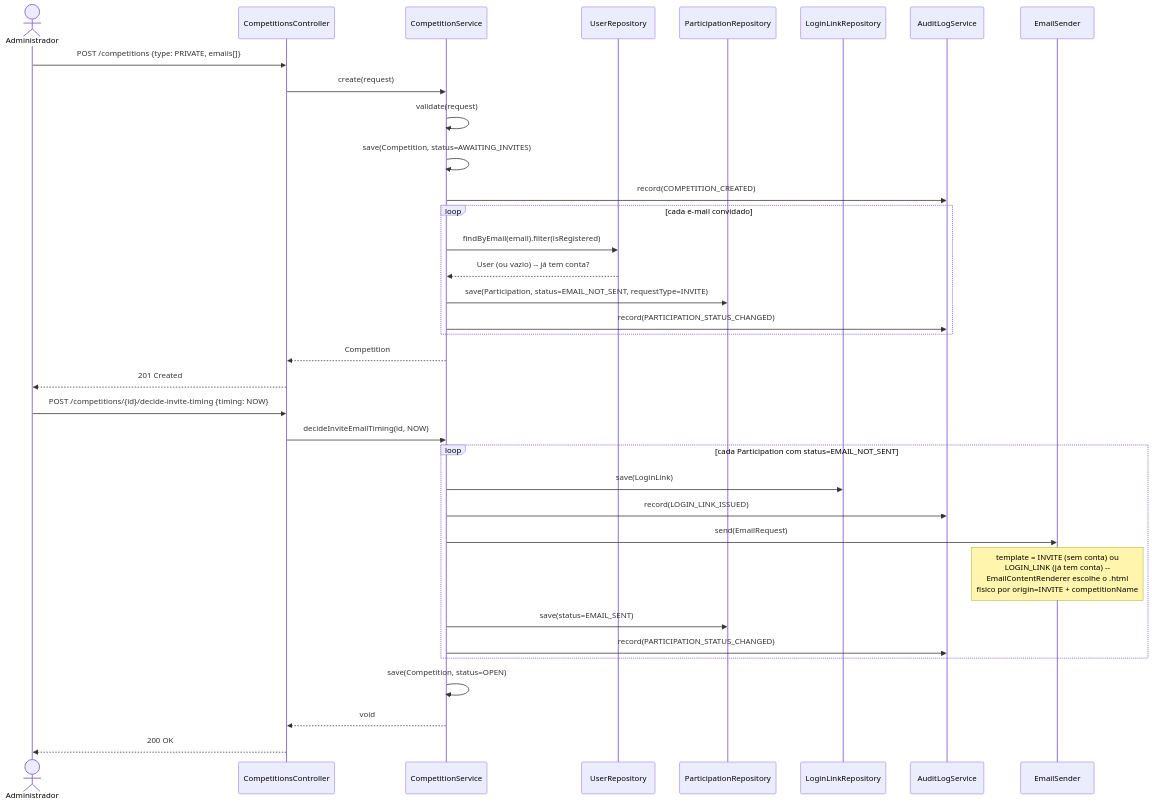
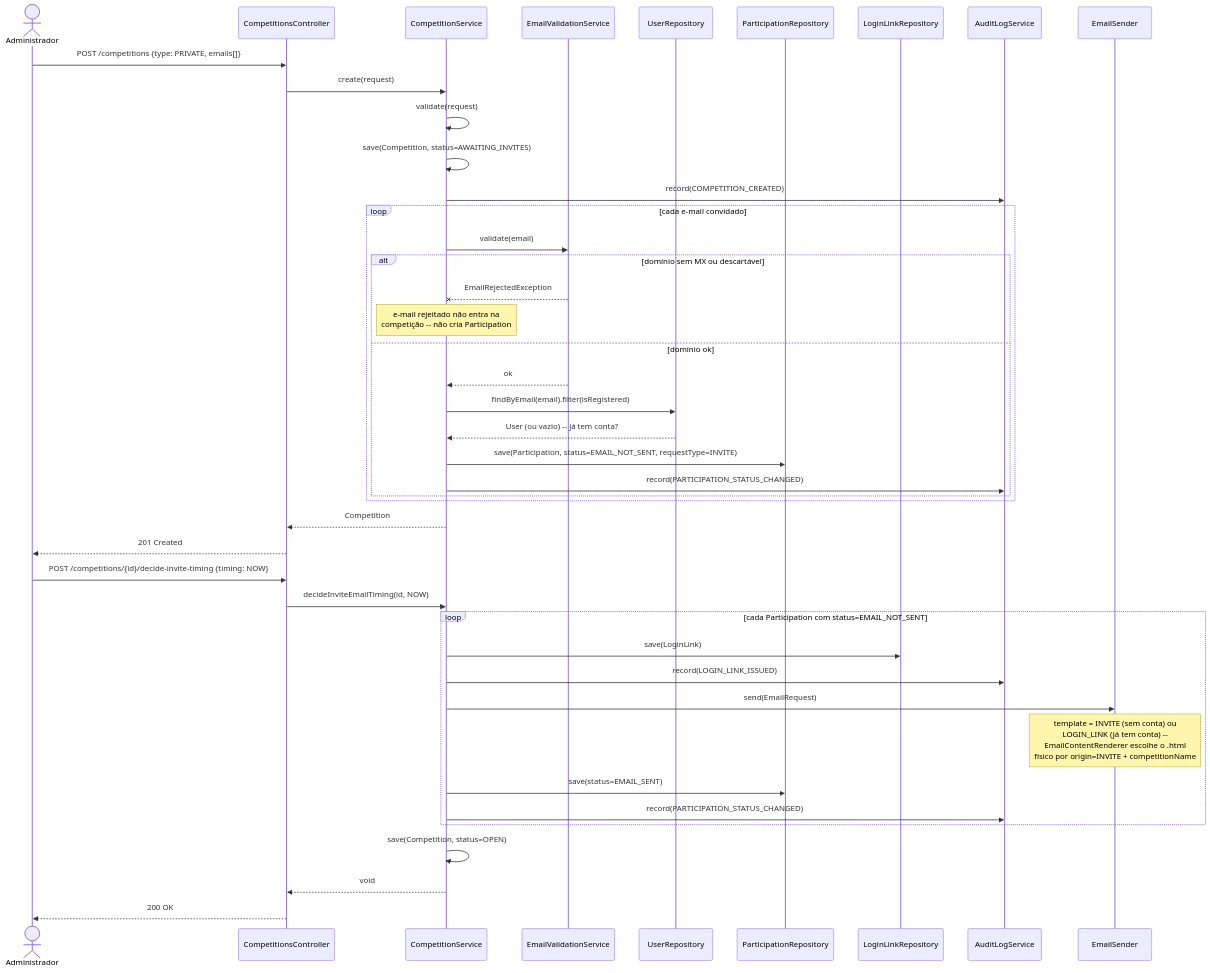
Before and after one commit to lalgarve/jogo-acoes: the fourth of 7 diagrams in docs/diagrams/sequencia.md, drawn with Mermaid. The commit also changed other lines of this file and 6 other files, not shown here.

First line of the commit message:
docs: rewrite product docs for the target release, fix Mermaid render bug (#18)

````diff
--- a/docs/diagrams/sequencia.md
+++ b/docs/diagrams/sequencia.md
@@ -57,39 +121,47 @@
 ```mermaid
 sequenceDiagram
     actor A as Administrador
     participant CC as CompetitionsController
     participant CS as CompetitionService
+    participant EV as EmailValidationService
     participant UR as UserRepository
     participant PR as ParticipationRepository
     participant LLR as LoginLinkRepository
     participant AL as AuditLogService
     participant ES as EmailSender
 
     A->>CC: POST /competitions {type: PRIVATE, emails[]}
     CC->>CS: create(request)
     CS->>CS: validate(request)
     CS->>CS: save(Competition, status=AWAITING_INVITES)
     CS->>AL: record(COMPETITION_CREATED)
     loop cada e-mail convidado
-        CS->>UR: findByEmail(email).filter(isRegistered)
-        UR-->>CS: User (ou vazio) -- já tem conta?
-        CS->>PR: save(Participation, status=EMAIL_NOT_SENT, requestType=INVITE)
-        CS->>AL: record(PARTICIPATION_STATUS_CHANGED)
+        CS->>EV: validate(email)
+        alt domínio sem MX ou descartável
+            EV--xCS: EmailRejectedException
+            Note over CS: e-mail rejeitado não entra na<br/>competição -- não cria Participation
+        else domínio ok
+            EV-->>CS: ok
+            CS->>UR: findByEmail(email).filter(isRegistered)
+            UR-->>CS: User (ou vazio) -- já tem conta?
+            CS->>PR: save(Participation, status=EMAIL_NOT_SENT, requestType=INVITE)
+            CS->>AL: record(PARTICIPATION_STATUS_CHANGED)
+        end
     end
     CS-->>CC: Competition
     CC-->>A: 201 Created
 
     A->>CC: POST /competitions/{id}/decide-invite-timing {timing: NOW}
     CC->>CS: decideInviteEmailTiming(id, NOW)
     loop cada Participation com status=EMAIL_NOT_SENT
         CS->>LLR: save(LoginLink)
         CS->>AL: record(LOGIN_LINK_ISSUED)
         CS->>ES: send(EmailRequest)
         Note over ES: template = INVITE (sem conta) ou<br/>LOGIN_LINK (já tem conta) --<br/>EmailContentRenderer escolhe o .html<br/>físico por origin=INVITE + competitionName
         CS->>PR: save(status=EMAIL_SENT)
         CS->>AL: record(PARTICIPATION_STATUS_CHANGED)
     end
     CS->>CS: save(Competition, status=OPEN)
     CS-->>CC: void
     CC-->>A: 200 OK
 ```
````
